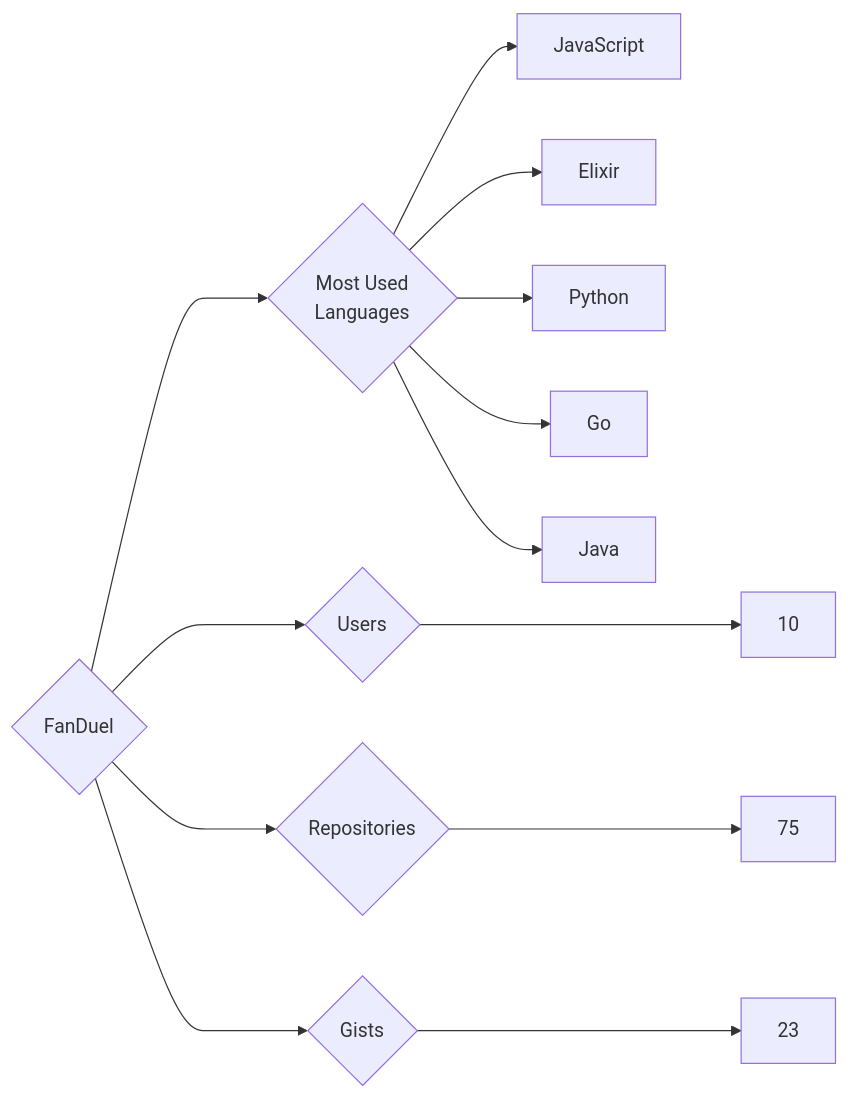
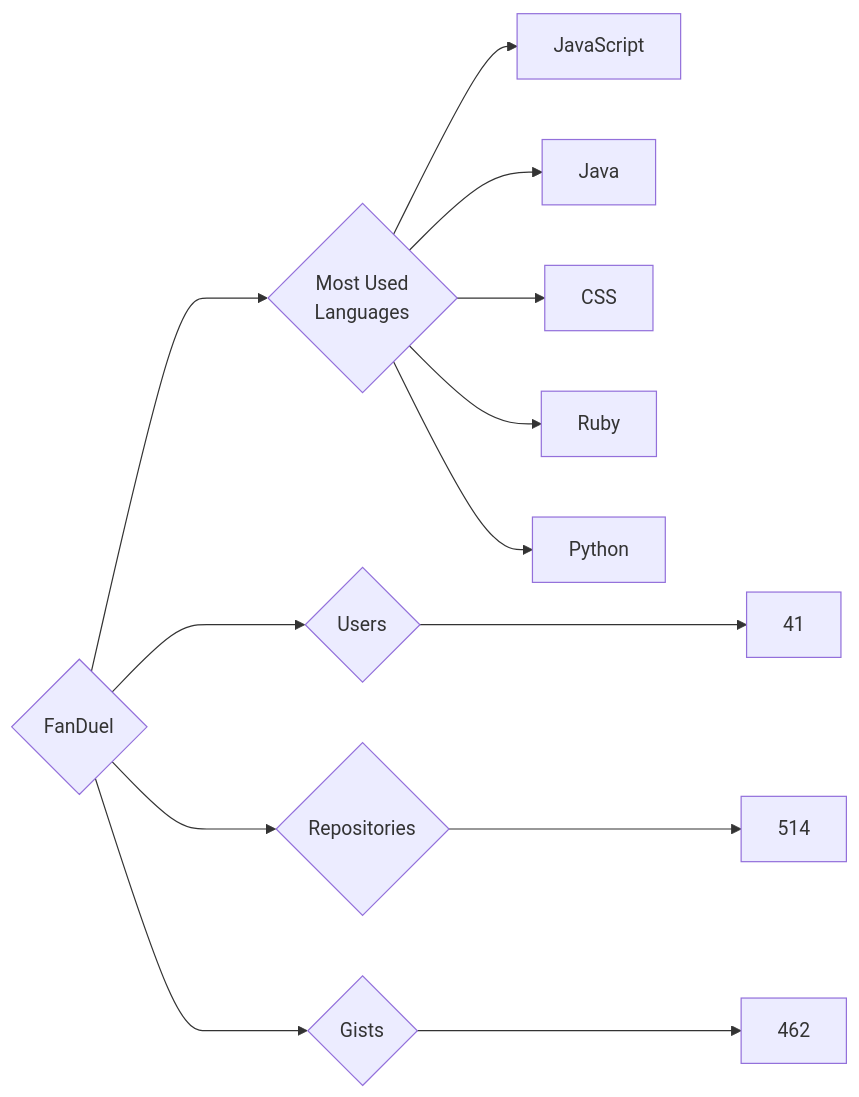
Before and after one commit to trickest/insiders: the diagram in targets/FanDuel/README.md, drawn with Mermaid. The commit also changed 809 other files, not shown here.

````diff
--- a/targets/FanDuel/README.md
+++ b/targets/FanDuel/README.md
@@ -3,13 +3,13 @@
 ```mermaid
 graph LR
 COMPANY_NAME{FanDuel}
-COMPANY_NAME ---> U{Users} ---> UN[10]
-COMPANY_NAME ---> R{Repositories} ---> RN[75]
-COMPANY_NAME ---> G{Gists} ---> GN[23]
+COMPANY_NAME ---> U{Users} ---> UN[41]
+COMPANY_NAME ---> R{Repositories} ---> RN[514]
+COMPANY_NAME ---> G{Gists} ---> GN[462]
 COMPANY_NAME ---> ML{Most Used<br>Languages}
 ML --> JavaScript[JavaScript]
-ML --> Elixir[Elixir]
+ML --> Java[Java]
+ML --> CSS[CSS]
+ML --> Ruby[Ruby]
 ML --> Python[Python]
-ML --> Go[Go]
-ML --> Java[Java]
 ```
````
